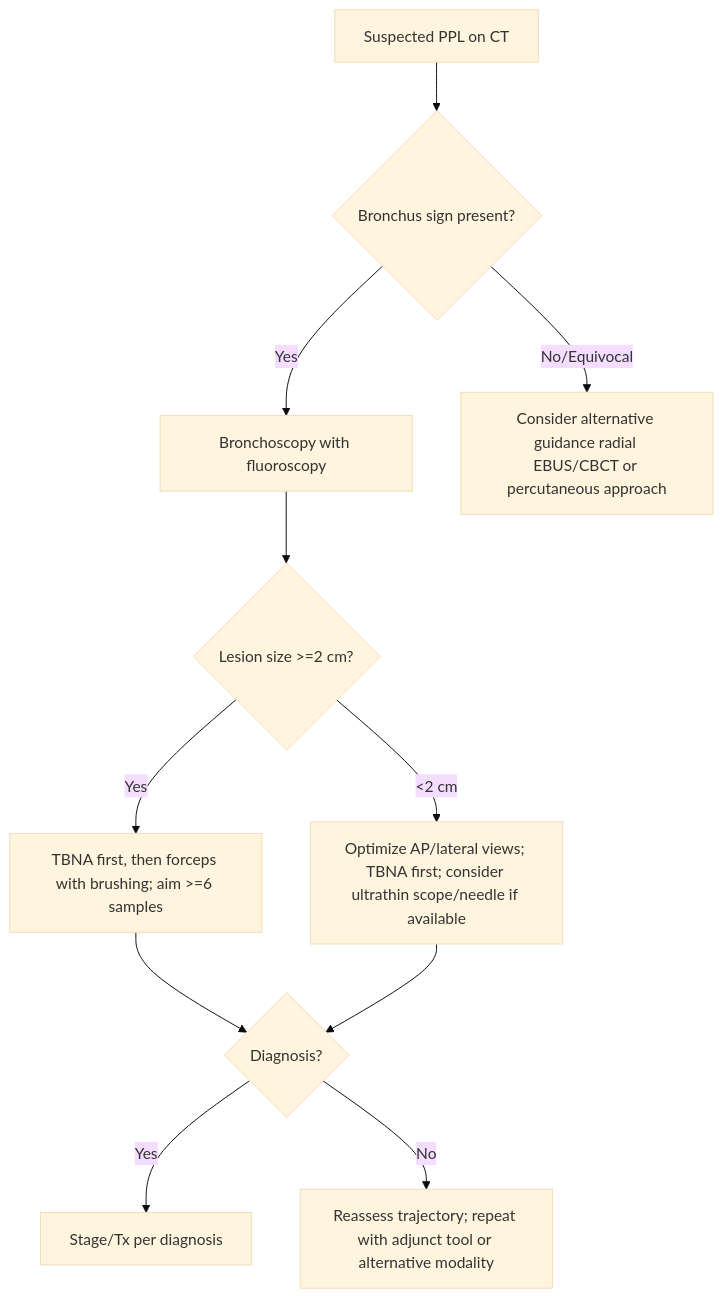
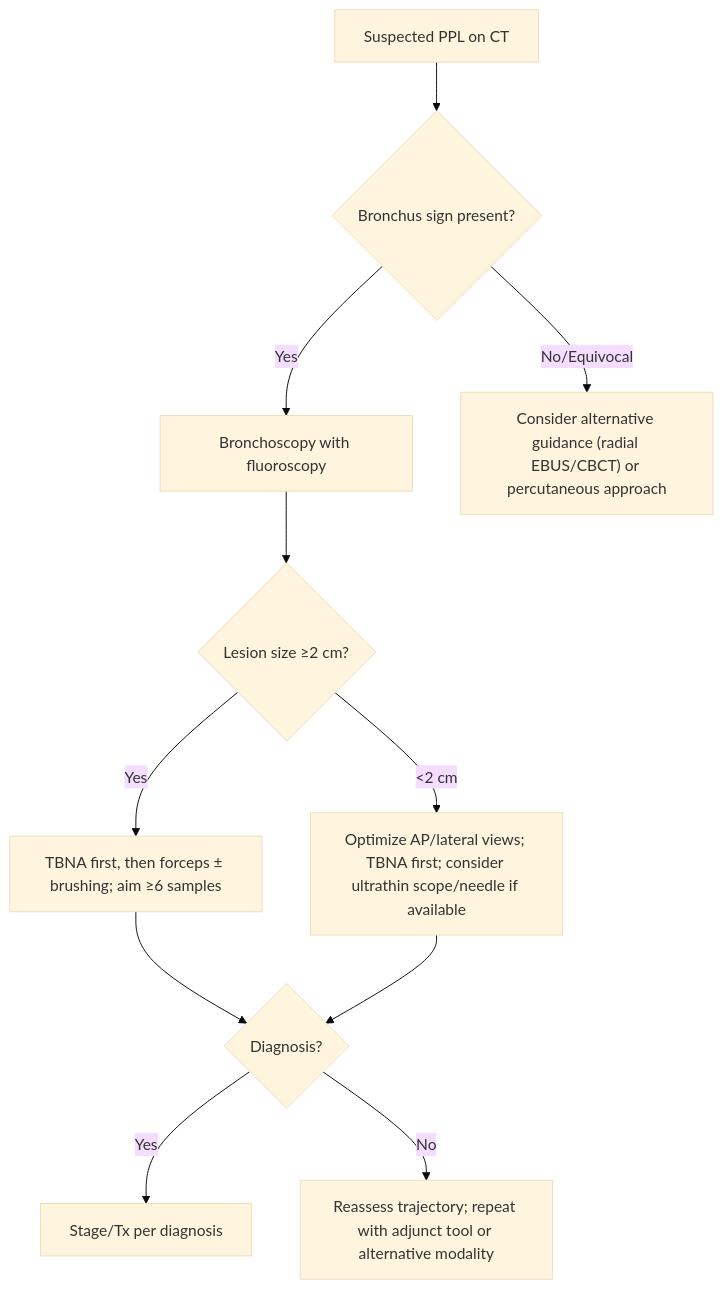
The first of 2 diagrams in content/modules/board/peripheral-biopsy-techniques-conventional-sampling-and-transbronchial-cryobiopsy.mdx (russellmiller49/Interventional-Pulm-Education-Project), drawn with Mermaid (base theme) before and after one commit. The commit also changed other lines of this file and 45 other files, not shown here.

````diff
--- a/content/modules/board/peripheral-biopsy-techniques-conventional-sampling-and-transbronchial-cryobiopsy.mdx
+++ b/content/modules/board/peripheral-biopsy-techniques-conventional-sampling-and-transbronchial-cryobiopsy.mdx
@@ -172,13 +128,13 @@
 ```mermaid
 flowchart TD
-A[Suspected PPL on CT] --> B{Bronchus sign present?}
-B -->|Yes| C[Bronchoscopy with fluoroscopy]
-B -->|No/Equivocal| D[Consider alternative guidance radial EBUS/CBCT or percutaneous approach]
-C --> E{Lesion size &gt;=2 cm?}
-E -->|Yes| F[TBNA first, then forceps with brushing; aim &gt;=6 samples]
-E -->|&lt;2 cm| G[Optimize AP/lateral views; TBNA first; consider ultrathin scope/needle if available]
-F --> H{Diagnosis?}
-G --> H
-H -->|Yes| I[Stage/Tx per diagnosis]
-H -->|No| J[Reassess trajectory; repeat with adjunct tool or alternative modality]
+    A["Suspected PPL on CT"] --> B{"Bronchus sign present?"}
+    B -- "Yes" --> C["Bronchoscopy with fluoroscopy"]
+    B -- "No/Equivocal" --> D["Consider alternative guidance (radial EBUS/CBCT) or percutaneous approach"]
+    C --> E{"Lesion size ≥2 cm?"}
+    E -- "Yes" --> F["TBNA first, then forceps ± brushing; aim ≥6 samples"]
+    E -- "<2 cm" --> G["Optimize AP/lateral views; TBNA first; consider ultrathin scope/needle if available"]
+    F --> H{"Diagnosis?"}
+    G --> H
+    H -- "Yes" --> I["Stage/Tx per diagnosis"]
+    H -- "No" --> J["Reassess trajectory; repeat with adjunct tool or alternative modality"]
 ```
````
